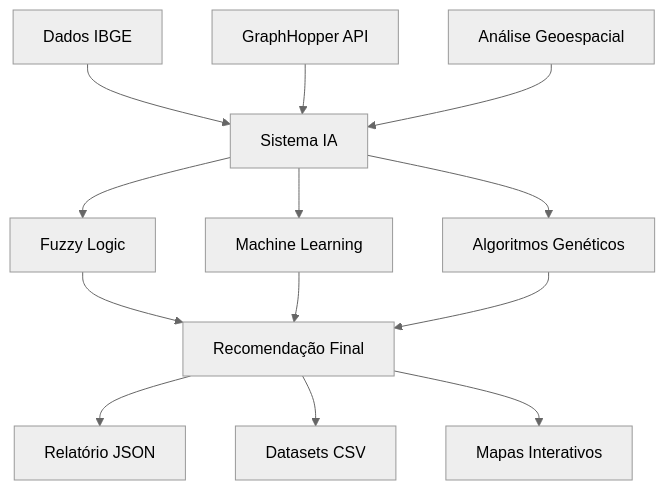
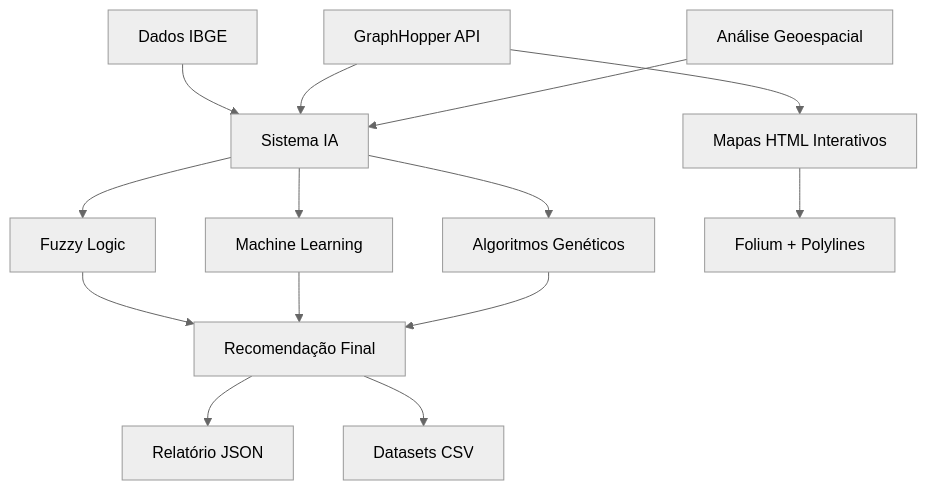
The diagram in README.md (lucasabreuzip/case_magalu_2025), drawn with Mermaid (neutral theme) before and after one commit. The commit also changed other lines of this file and 28 other files, not shown here.

````diff
--- a/README.md
+++ b/README.md
@@ -45,15 +62,16 @@
 ```mermaid
 graph TD
     A[Dados IBGE] --> D[Sistema IA]
     B[GraphHopper API] --> D
     C[Análise Geoespacial] --> D
     D --> E[Fuzzy Logic]
     D --> F[Machine Learning]
     D --> G[Algoritmos Genéticos]
     E --> H[Recomendação Final]
     F --> H
     G --> H
     H --> I[Relatório JSON]
     H --> J[Datasets CSV]
-    H --> K[Mapas Interativos]
+    B --> K[Mapas HTML Interativos]
+    K --> L[Folium + Polylines]
 ```
````
